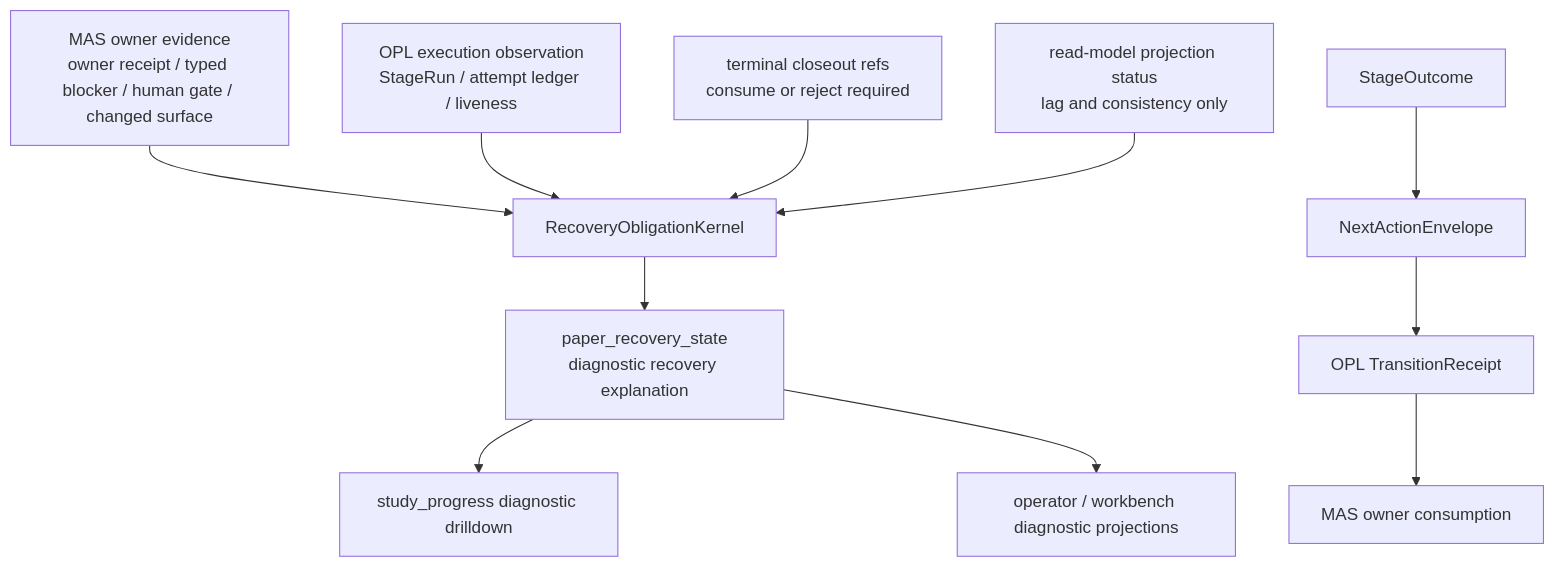
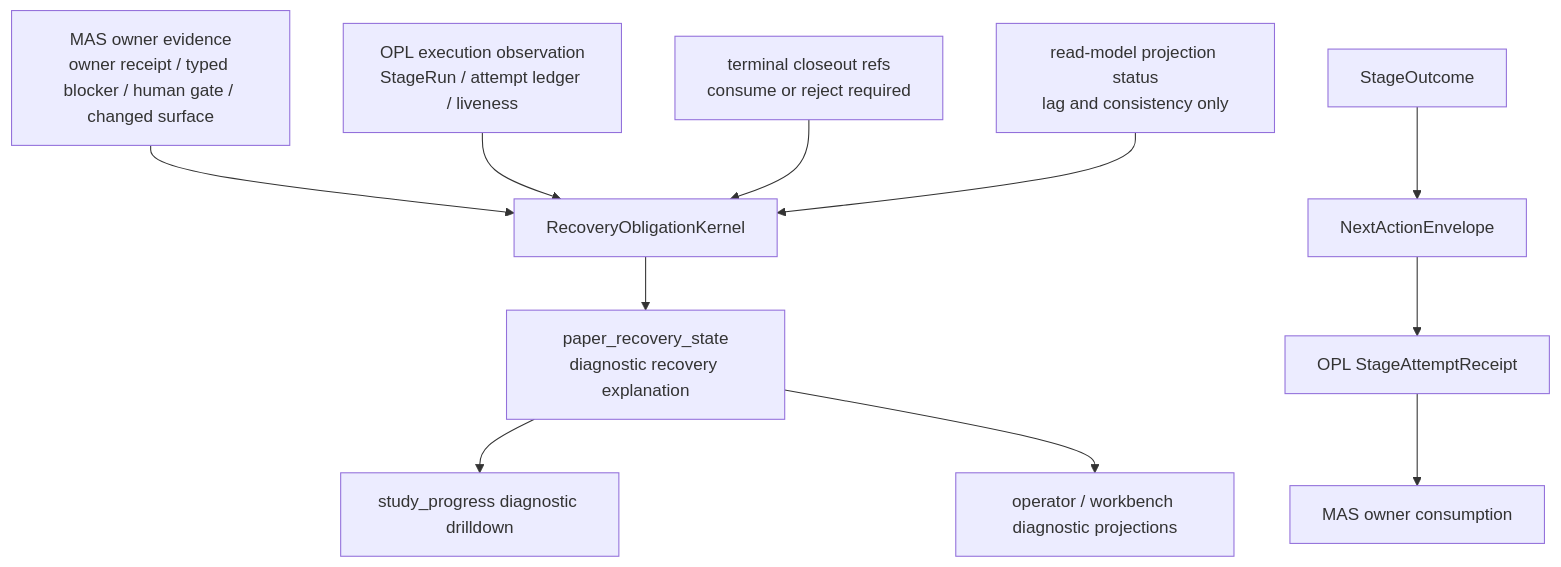
One commit to gaofeng21cn/med-autoscience changed the diagram in docs/runtime/designs/paper_recovery_obligation_target_architecture.md. Above: the diagram before and after it, drawn with Mermaid. The commit also changed other lines of this file and 313 other files, not shown here.

````diff
--- a/docs/runtime/designs/paper_recovery_obligation_target_architecture.md
+++ b/docs/runtime/designs/paper_recovery_obligation_target_architecture.md
@@ -22,13 +22,13 @@
 ```mermaid
 flowchart TD
   A["MAS owner evidence<br/>owner receipt / typed blocker / human gate / changed surface"] --> K["RecoveryObligationKernel"]
   B["OPL execution observation<br/>StageRun / attempt ledger / liveness"] --> K
   C["terminal closeout refs<br/>consume or reject required"] --> K
   D["read-model projection status<br/>lag and consistency only"] --> K
   K --> S["paper_recovery_state<br/>diagnostic recovery explanation"]
   S --> P["study_progress diagnostic drilldown"]
   S --> O["operator / workbench diagnostic projections"]
   SO["StageOutcome"] --> NA["NextActionEnvelope"]
-  NA --> TR["OPL TransitionReceipt"]
+  NA --> TR["OPL StageAttemptReceipt"]
   TR --> MC["MAS owner consumption"]
 ```
````
